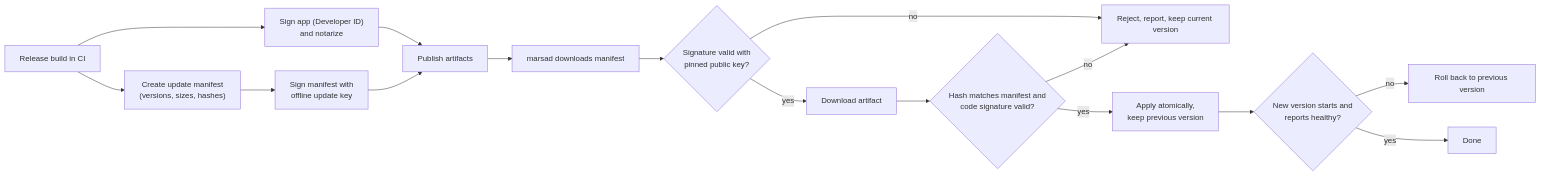
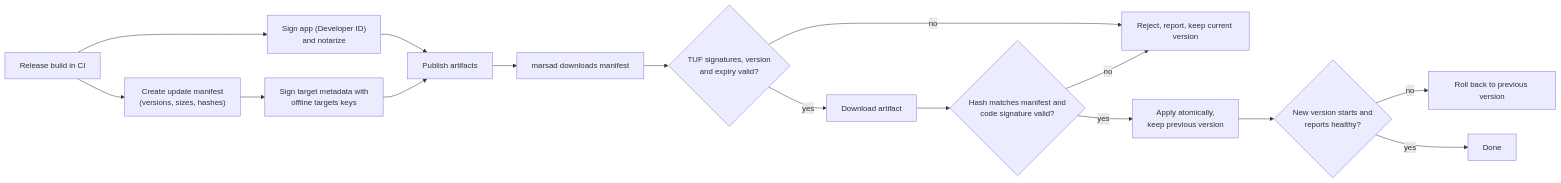
One commit to nasraldin/marsa changed the second of 2 diagrams in docs/11-security.md. Above: the diagram before and after it, drawn with Mermaid. The commit also changed other lines of this file and 7 other files, not shown here.

Commit message:
M10-03: define signed update metadata and key rotation

````diff
--- a/docs/11-security.md
+++ b/docs/11-security.md
@@ -110,18 +110,18 @@
 ```mermaid
 flowchart LR
     rel["Release build in CI"] --> sign["Sign app (Developer ID)<br/>and notarize"]
     rel --> man["Create update manifest<br/>(versions, sizes, hashes)"]
-    man --> msig["Sign manifest with<br/>offline update key"]
+    man --> msig["Sign target metadata with<br/>offline targets keys"]
     sign --> pub["Publish artifacts"]
     msig --> pub
     pub --> chk["marsad downloads manifest"]
-    chk --> v1{"Signature valid with<br/>pinned public key?"}
+    chk --> v1{"TUF signatures, version<br/>and expiry valid?"}
     v1 -- no --> rej["Reject, report, keep current version"]
     v1 -- yes --> dl["Download artifact"]
     dl --> v2{"Hash matches manifest and<br/>code signature valid?"}
     v2 -- no --> rej
     v2 -- yes --> ap["Apply atomically,<br/>keep previous version"]
     ap --> hc{"New version starts and<br/>reports healthy?"}
     hc -- no --> rb["Roll back to previous version"]
     hc -- yes --> done["Done"]
 ```
````
